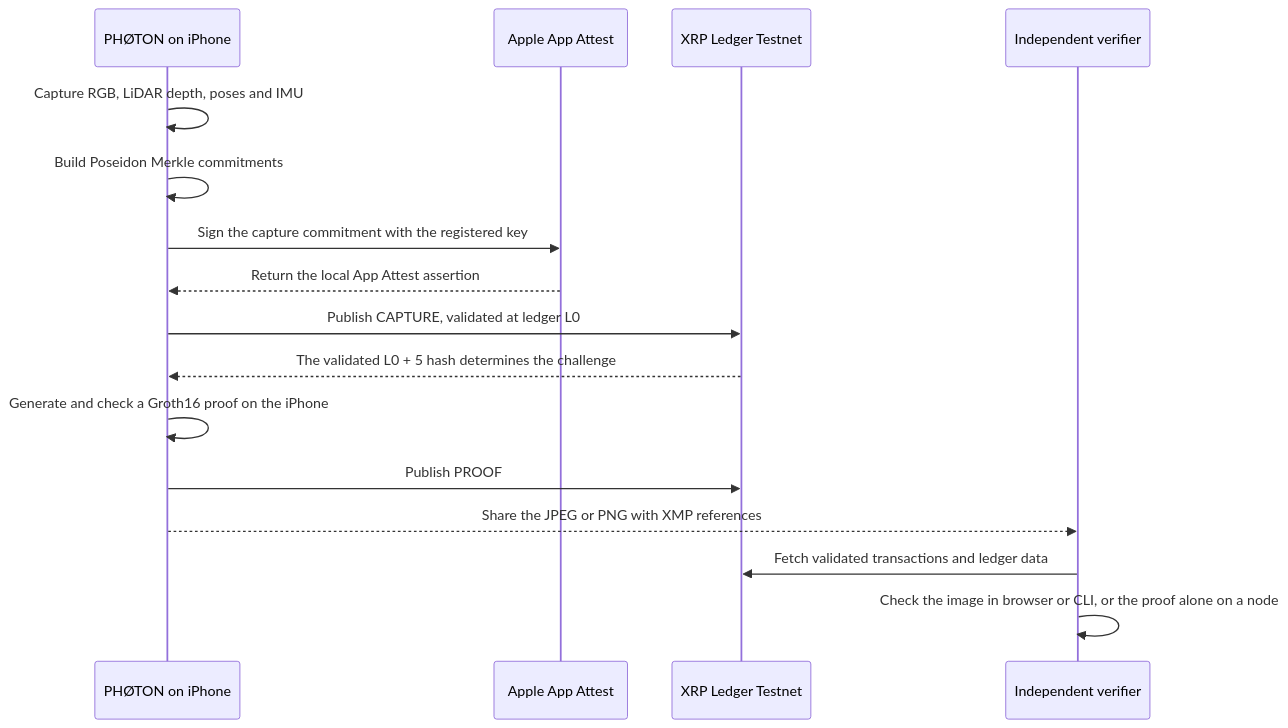
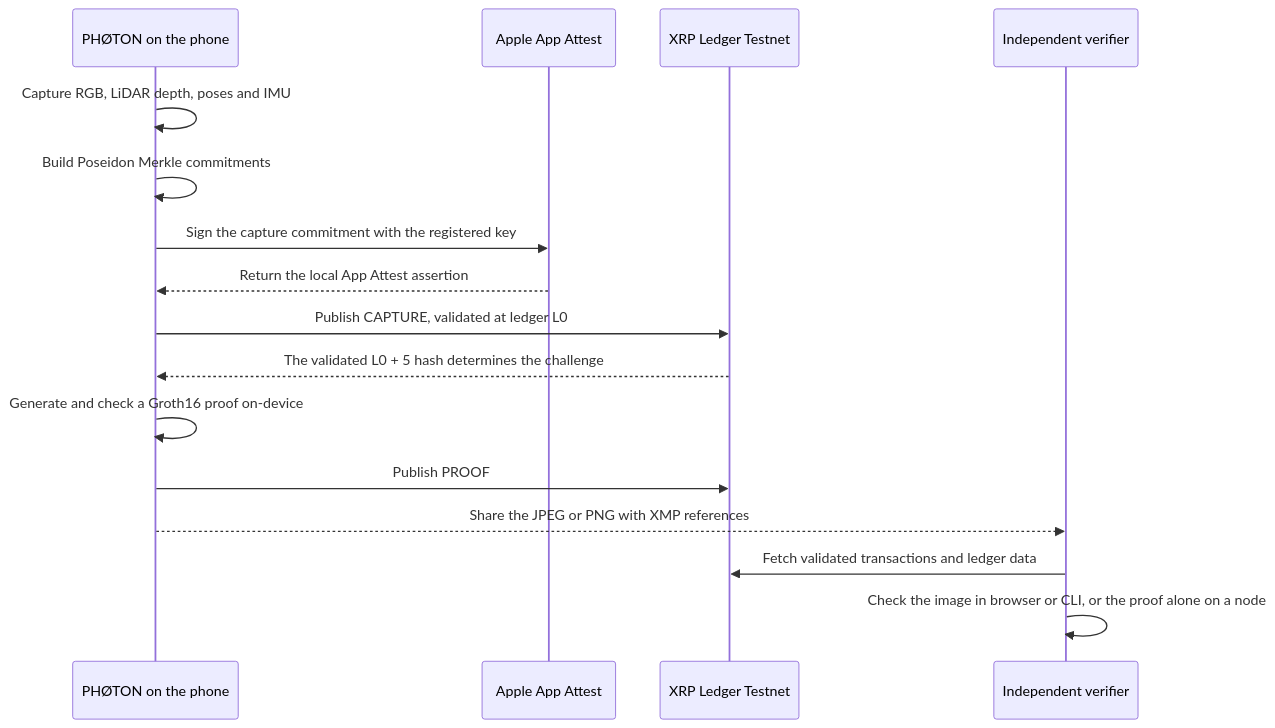
Before and after one commit to Mntcrl/IHX26: the diagram in README.md, drawn with Mermaid. The commit also changed other lines of this file, not shown here.

First line of the commit message:
docs(readme): device-neutral positioning; capture profiles and roadmap

````diff
--- a/README.md
+++ b/README.md
@@ -36,18 +38,18 @@
 ```mermaid
 sequenceDiagram
-    participant P as PHØTON on iPhone
+    participant P as PHØTON on the phone
     participant A as Apple App Attest
     participant L as XRP Ledger Testnet
     participant V as Independent verifier
     P->>P: Capture RGB, LiDAR depth, poses and IMU
     P->>P: Build Poseidon Merkle commitments
     P->>A: Sign the capture commitment with the registered key
     A-->>P: Return the local App Attest assertion
     P->>L: Publish CAPTURE, validated at ledger L0
     L-->>P: The validated L0 + 5 hash determines the challenge
-    P->>P: Generate and check a Groth16 proof on the iPhone
+    P->>P: Generate and check a Groth16 proof on-device
     P->>L: Publish PROOF
     P-->>V: Share the JPEG or PNG with XMP references
     V->>L: Fetch validated transactions and ledger data
     V->>V: Check the image in browser or CLI, or the proof alone on a node
 ```
````
